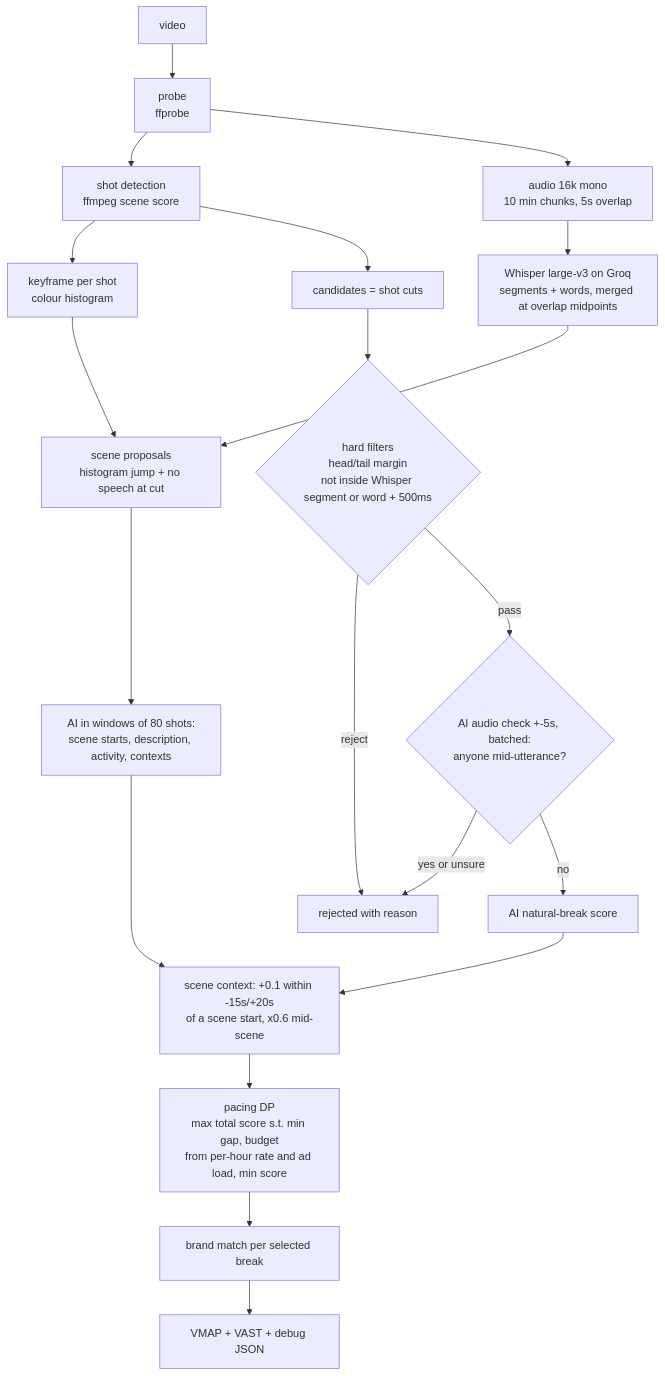
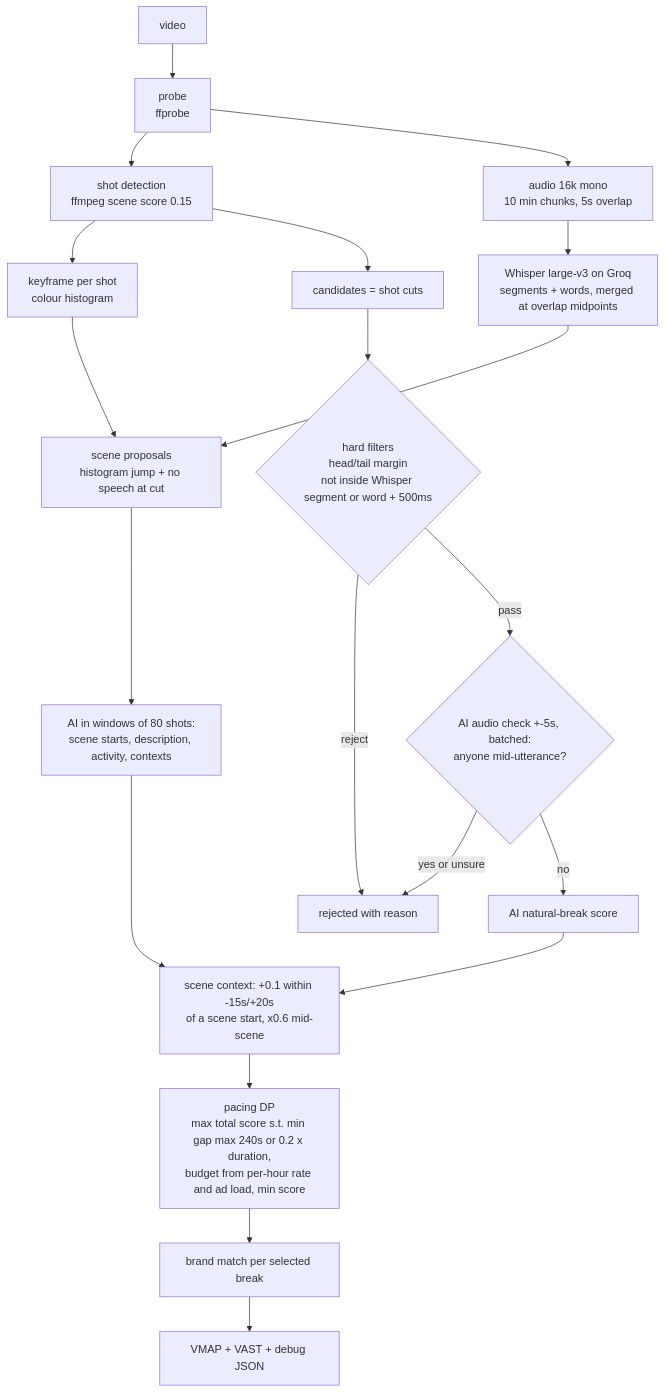
One commit to thisizaro/adbreak changed the second of 5 diagrams in docs/ARCHITECTURE.md. Above: the diagram before and after it, drawn with Mermaid. The commit also changed other lines of this file and 15 other files, not shown here.

Commit message:
Review fixes: duration-scaled pacing, independent safety check and tag flags, scene boundary notes, shot threshold 0.15

````diff
--- a/docs/ARCHITECTURE.md
+++ b/docs/ARCHITECTURE.md
@@ -60,22 +60,22 @@
 ```mermaid
 flowchart TD
   V[video] --> P[probe<br/>ffprobe]
-  P --> SH[shot detection<br/>ffmpeg scene score]
+  P --> SH[shot detection<br/>ffmpeg scene score 0.15]
   P --> AU[audio 16k mono<br/>10 min chunks, 5s overlap]
   AU --> ASR[Whisper large-v3 on Groq<br/>segments + words, merged at overlap midpoints]
   SH --> KF[keyframe per shot<br/>colour histogram]
   KF --> SC[scene proposals<br/>histogram jump + no speech at cut]
   ASR --> SC
   SC --> SD[AI in windows of 80 shots:<br/>scene starts, description, activity, contexts]
   SH --> C[candidates = shot cuts]
   C --> G1{hard filters<br/>head/tail margin<br/>not inside Whisper segment or word + 500ms}
   G1 -- reject --> R1[rejected with reason]
   G1 -- pass --> G2{AI audio check +-5s, batched:<br/>anyone mid-utterance?}
   G2 -- yes or unsure --> R1
   G2 -- no --> S[AI natural-break score]
   SD --> SCX[scene context: +0.1 within -15s/+20s<br/>of a scene start, x0.6 mid-scene]
   S --> SCX
-  SCX --> DP[pacing DP<br/>max total score s.t. min gap, budget<br/>from per-hour rate and ad load, min score]
+  SCX --> DP[pacing DP<br/>max total score s.t. min gap max 240s or 0.2 x duration,<br/>budget from per-hour rate and ad load, min score]
   DP --> B[brand match per selected break]
   B --> M[VMAP + VAST + debug JSON]
 ```
````
